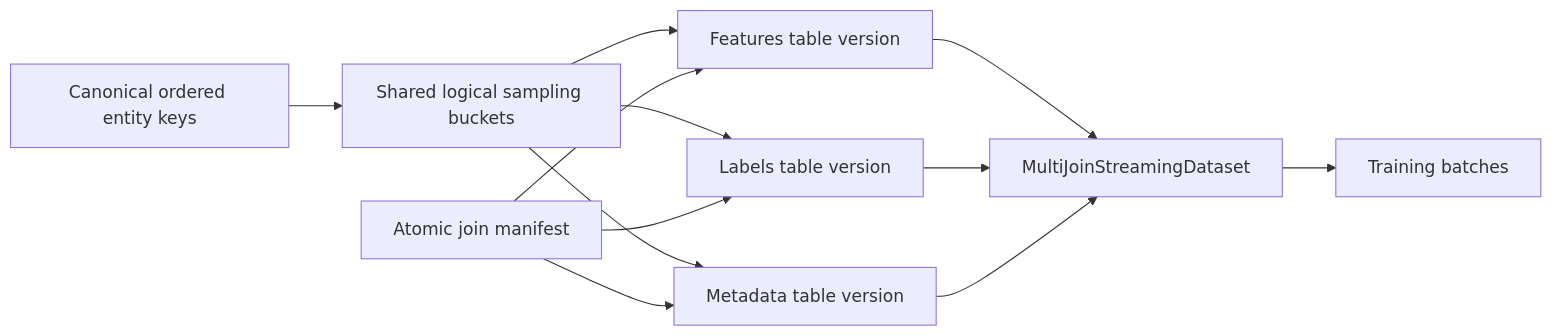
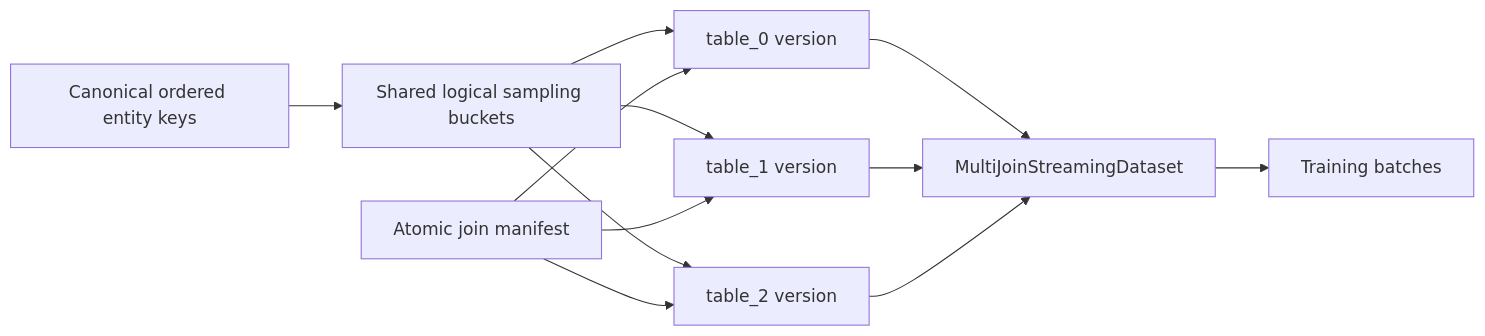
The diagram in .claude/plans/multi_join_streaming_dataset.md (Lightning-AI/litData), drawn with Mermaid before and after one commit. The commit also changed other lines of this file, not shown here.

First line of the commit message:
Clarify snapshot IDs and use generic table_N examples.

````diff
--- a/.claude/plans/multi_join_streaming_dataset.md
+++ b/.claude/plans/multi_join_streaming_dataset.md
@@ -29,15 +29,15 @@
 ```mermaid
 flowchart LR
   canonicalKeys[Canonical ordered entity keys]
   canonicalKeys --> logicalBuckets[Shared logical sampling buckets]
-  logicalBuckets --> features[Features table version]
-  logicalBuckets --> labels[Labels table version]
-  logicalBuckets --> metadata[Metadata table version]
-  activeManifest[Atomic join manifest] --> features
-  activeManifest --> labels
-  activeManifest --> metadata
-  features --> joinedReader[MultiJoinStreamingDataset]
-  labels --> joinedReader
-  metadata --> joinedReader
+  logicalBuckets --> t0[table_0 version]
+  logicalBuckets --> t1[table_1 version]
+  logicalBuckets --> t2[table_2 version]
+  activeManifest[Atomic join manifest] --> t0
+  activeManifest --> t1
+  activeManifest --> t2
+  t0 --> joinedReader[MultiJoinStreamingDataset]
+  t1 --> joinedReader
+  t2 --> joinedReader
   joinedReader --> training[Training batches]
 ```
````
